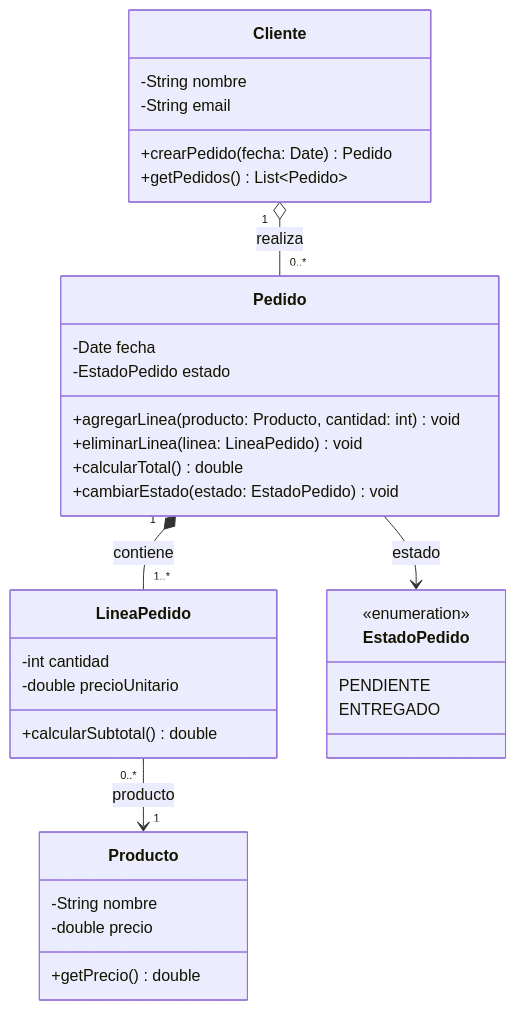
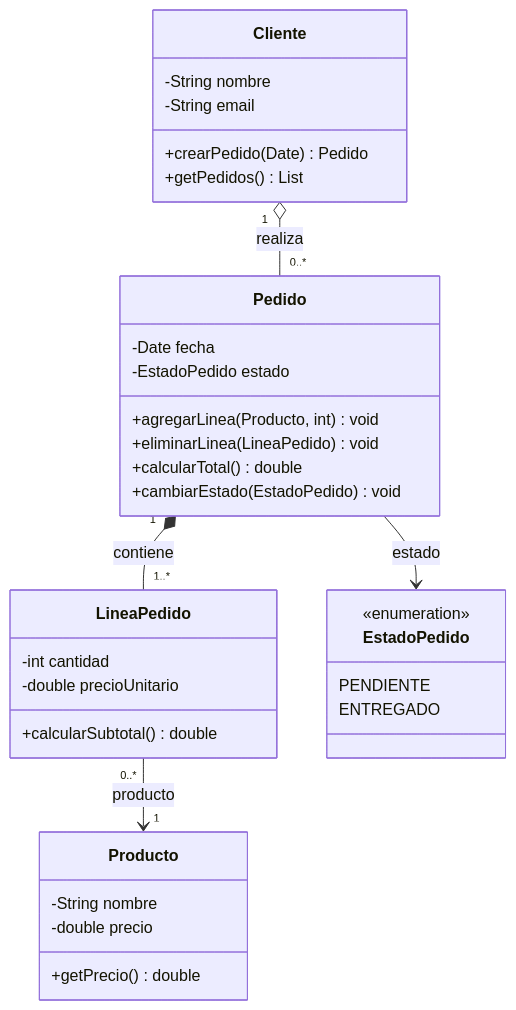
One commit to jorgeemoreeno02/Actividad-2-Modelado-UML-Avanzado-Gesti-n-de-Pedidos changed the diagram in README.md. Above: the diagram before and after it, drawn with Mermaid.

````diff
--- a/README.md
+++ b/README.md
@@ -1,41 +1,42 @@
 ```mermaid
 classDiagram
-    class Cliente {
-        -String nombre
-        -String email
-        +crearPedido(fecha: Date) Pedido
-        +getPedidos() List~Pedido~
-    }
-    
-    class Pedido {
-        -Date fecha
-        -EstadoPedido estado
-        +agregarLinea(producto: Producto, cantidad: int) void
-        +eliminarLinea(linea: LineaPedido) void
-        +calcularTotal() double
-        +cambiarEstado(estado: EstadoPedido) void
-    }
-    
-    class LineaPedido {
-        -int cantidad
-        -double precioUnitario
-        +calcularSubtotal() double
-    }
-    
-    class Producto {
-        -String nombre
-        -double precio
-        +getPrecio() double
-    }
-    
-    class EstadoPedido {
-        <<enumeration>>
-        PENDIENTE
-        ENTREGADO
-    }
-    
-    Cliente "1" o-- "0..*" Pedido : realiza
-    Pedido "1" *-- "1..*" LineaPedido : contiene
-    LineaPedido "0..*" --> "1" Producto : producto
-    Pedido --> EstadoPedido : estado
+
+class Cliente {
+    -String nombre
+    -String email
+    +crearPedido(Date) Pedido
+    +getPedidos() List
+}
+
+class Pedido {
+    -Date fecha
+    -EstadoPedido estado
+    +agregarLinea(Producto, int) void
+    +eliminarLinea(LineaPedido) void
+    +calcularTotal() double
+    +cambiarEstado(EstadoPedido) void
+}
+
+class LineaPedido {
+    -int cantidad
+    -double precioUnitario
+    +calcularSubtotal() double
+}
+
+class Producto {
+    -String nombre
+    -double precio
+    +getPrecio() double
+}
+
+class EstadoPedido {
+    <<enumeration>>
+    PENDIENTE
+    ENTREGADO
+}
+
+Cliente "1" o-- "0..*" Pedido : realiza
+Pedido "1" *-- "1..*" LineaPedido : contiene
+LineaPedido "0..*" --> "1" Producto : producto
+Pedido --> EstadoPedido : estado
 ```
````
